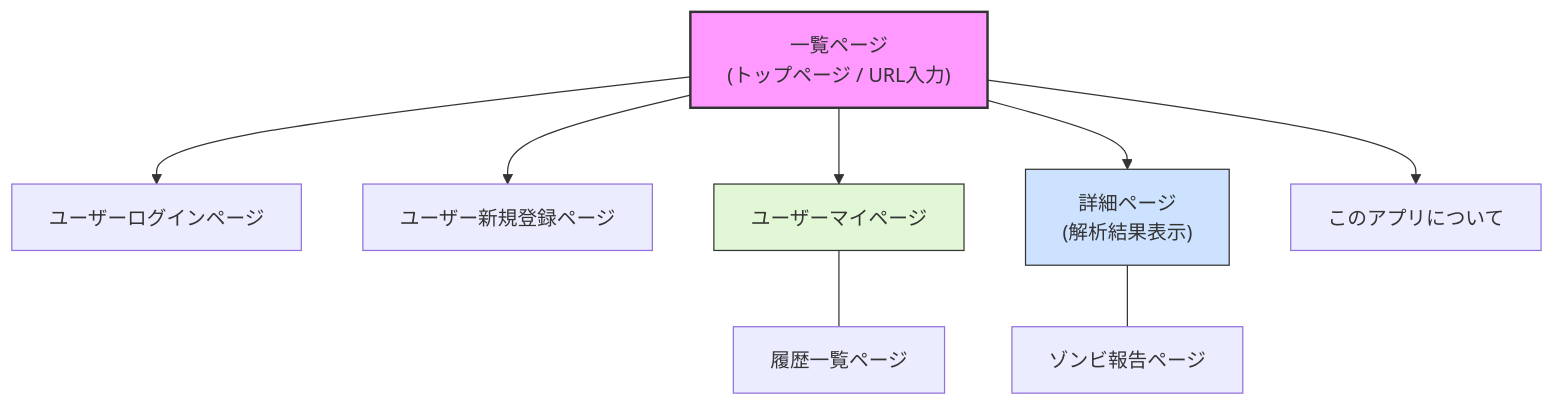
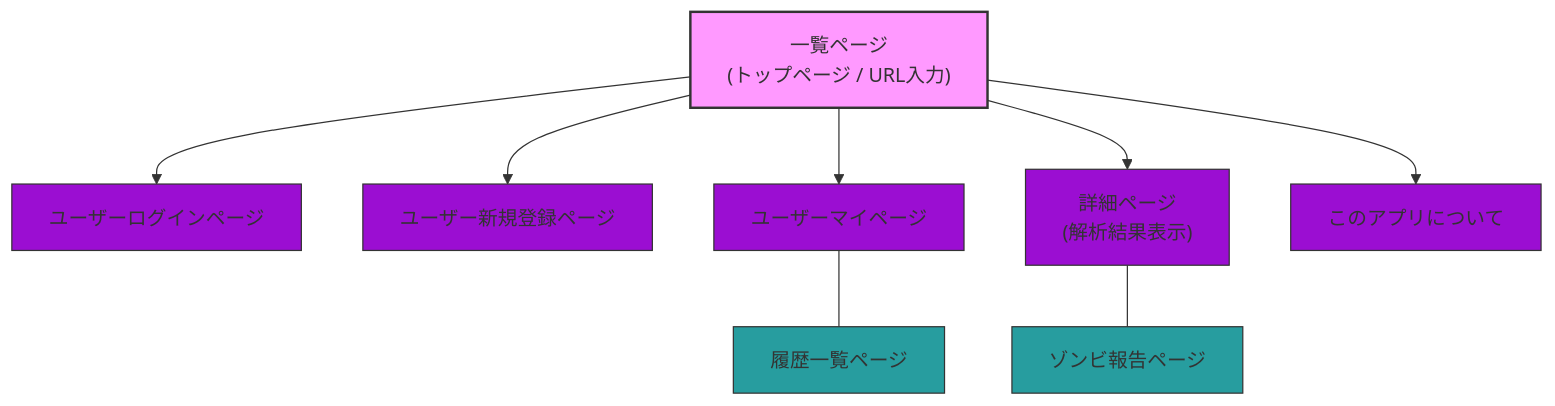
One commit to d-shiba-inu/impression_zombie_cleaner changed the diagram in docs/screen-flow.md. Above: the diagram before and after it, drawn with Mermaid.

Commit message:
画面遷移図の色の変更

````diff
--- a/docs/screen-flow.md
+++ b/docs/screen-flow.md
@@ -2,28 +2,32 @@
 ```mermaid
 graph TD
     %% ノードの定義（ID[表示名]）
     Top["一覧ページ<br/>(トップページ / URL入力)"]
     Login["ユーザーログインページ"]
     Signup["ユーザー新規登録ページ"]
     Mypage["ユーザーマイページ"]
     Detail["詳細ページ<br/>(解析結果表示)"]
     About["このアプリについて"]
     History["履歴一覧ページ"]
     Report["ゾンビ報告ページ"]
 
     %% 遷移（線の定義）
     Top --> Login
     Top --> Signup
     Top --> Mypage
     Top --> Detail
     Top --> About
 
     Mypage --- History
     Detail --- Report
 
     %% スタイルの適用（色付け）
-    style Top fill:#f9f,stroke:#333,stroke-width:2px
-    style Mypage fill:#e1f7d5,stroke:#333
-    style Detail fill:#cce2ff,stroke:#333
-    
+    style Top fill: #f9f,stroke:#333,stroke-width:2px
+    style Login fill: #9b0ed2,stroke:#333
+    style Signup fill: #9b0ed2,stroke:#333
+    style Mypage fill: #9b0ed2,stroke:#333
+    style Detail fill: #9b0ed2,stroke:#333
+    style About fill: #9b0ed2,stroke:#333
+    style History fill: #279d9fff,stroke:#333
+    style Report fill: #279d9fff,stroke:#333
 ```
````
